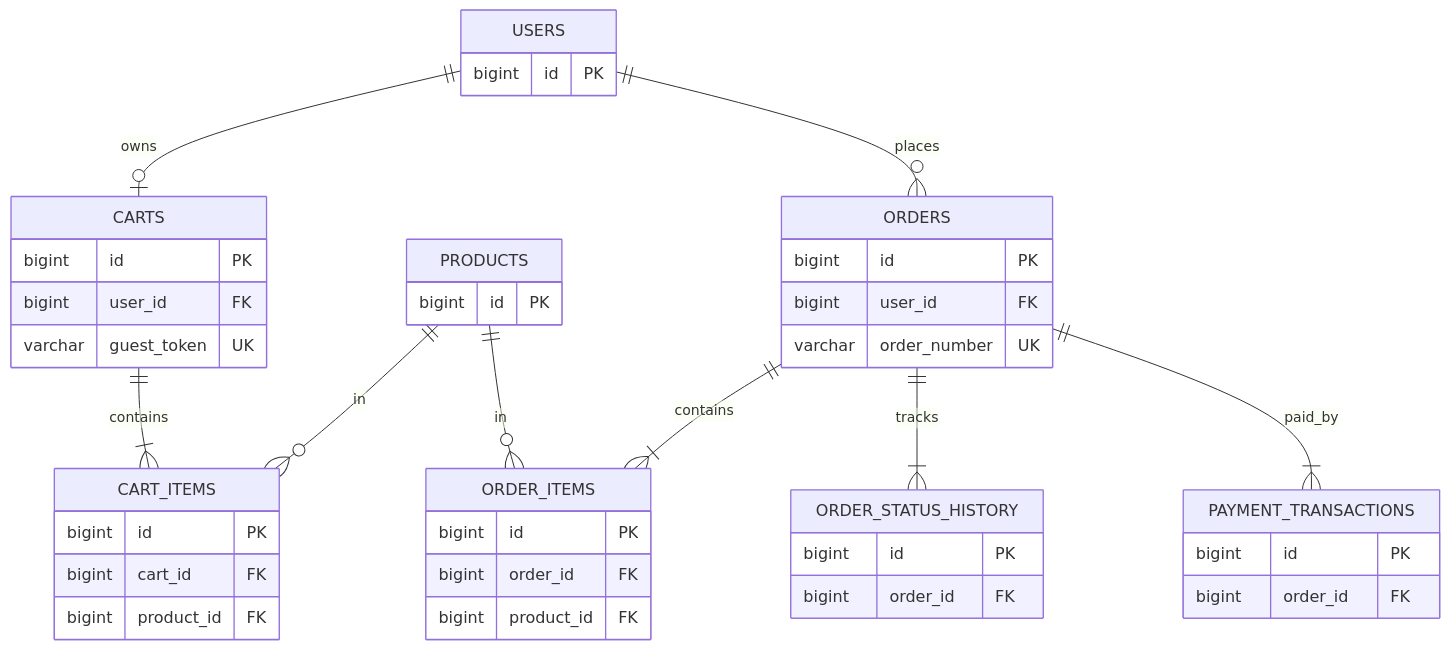
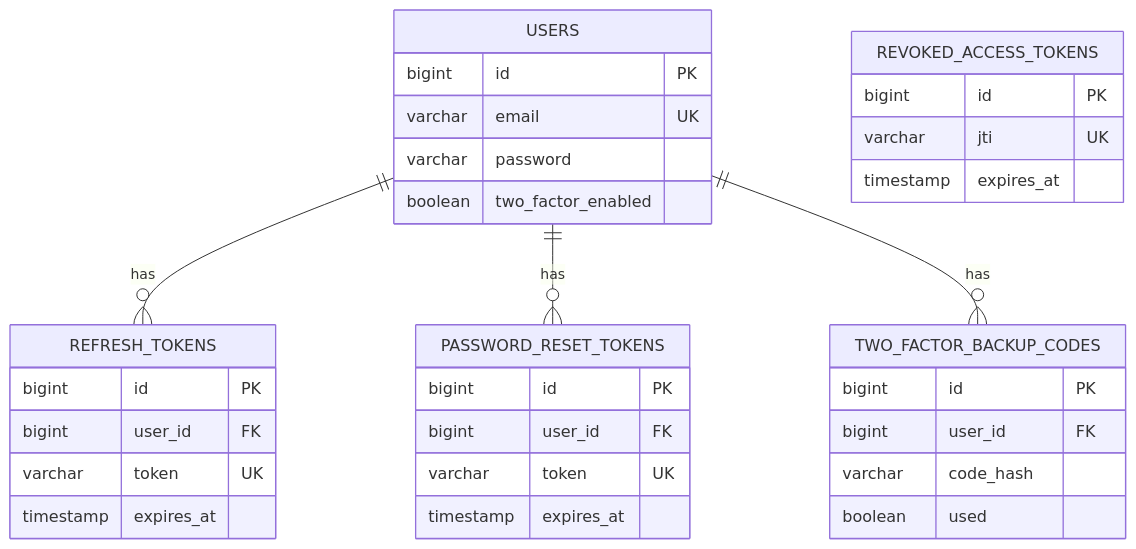
The second of 2 diagrams in README.md (erikmartinmerisalu/i-love-shopping), drawn with Mermaid before and after one commit. The commit also changed other lines of this file and 1 other file, not shown here.

Commit message:
Payment test+readme revamp+small fixes

````diff
--- a/README.md
+++ b/README.md
@@ -276,45 +191,36 @@
 ```mermaid
 erDiagram
-    USERS ||--o| CARTS : owns
-    CARTS ||--|{ CART_ITEMS : contains
-    PRODUCTS ||--o{ CART_ITEMS : in
-    USERS ||--o{ ORDERS : places
-    ORDERS ||--|{ ORDER_ITEMS : contains
-    PRODUCTS ||--o{ ORDER_ITEMS : in
-    ORDERS ||--|{ ORDER_STATUS_HISTORY : tracks
-    ORDERS ||--|{ PAYMENT_TRANSACTIONS : paid_by
+    USERS ||--o{ REFRESH_TOKENS : has
+    USERS ||--o{ PASSWORD_RESET_TOKENS : has
+    USERS ||--o{ TWO_FACTOR_BACKUP_CODES : has
+
     USERS {
         bigint id PK
+        varchar email UK
+        varchar password
+        boolean two_factor_enabled
     }
-    CARTS {
+    REFRESH_TOKENS {
         bigint id PK
         bigint user_id FK
-        varchar guest_token UK
+        varchar token UK
+        timestamp expires_at
     }
-    CART_ITEMS {
-        bigint id PK
-        bigint cart_id FK
-        bigint product_id FK
-    }
-    ORDERS {
+    PASSWORD_RESET_TOKENS {
         bigint id PK
         bigint user_id FK
-        varchar order_number UK
+        varchar token UK
+        timestamp expires_at
     }
-    ORDER_ITEMS {
+    TWO_FACTOR_BACKUP_CODES {
         bigint id PK
-        bigint order_id FK
-        bigint product_id FK
+        bigint user_id FK
+        varchar code_hash
+        boolean used
     }
-    ORDER_STATUS_HISTORY {
+    REVOKED_ACCESS_TOKENS {
         bigint id PK
-        bigint order_id FK
-    }
-    PAYMENT_TRANSACTIONS {
-        bigint id PK
-        bigint order_id FK
-    }
-    PRODUCTS {
-        bigint id PK
+        varchar jti UK
+        timestamp expires_at
     }
 ```
````
